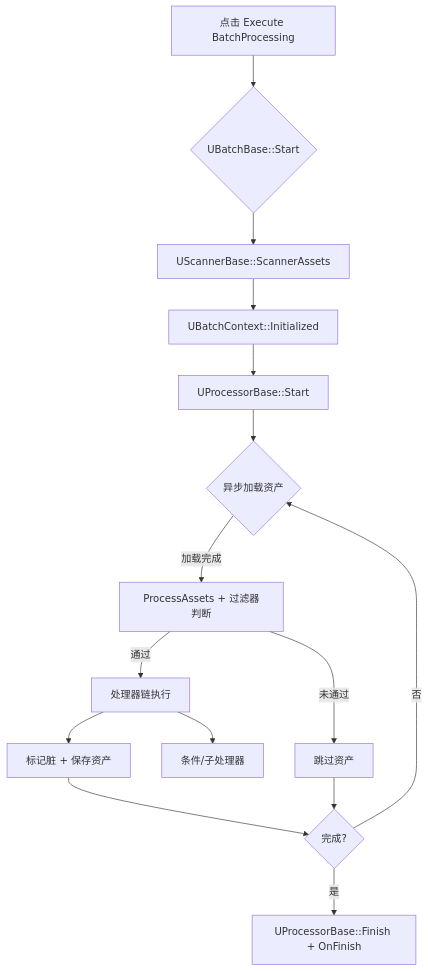
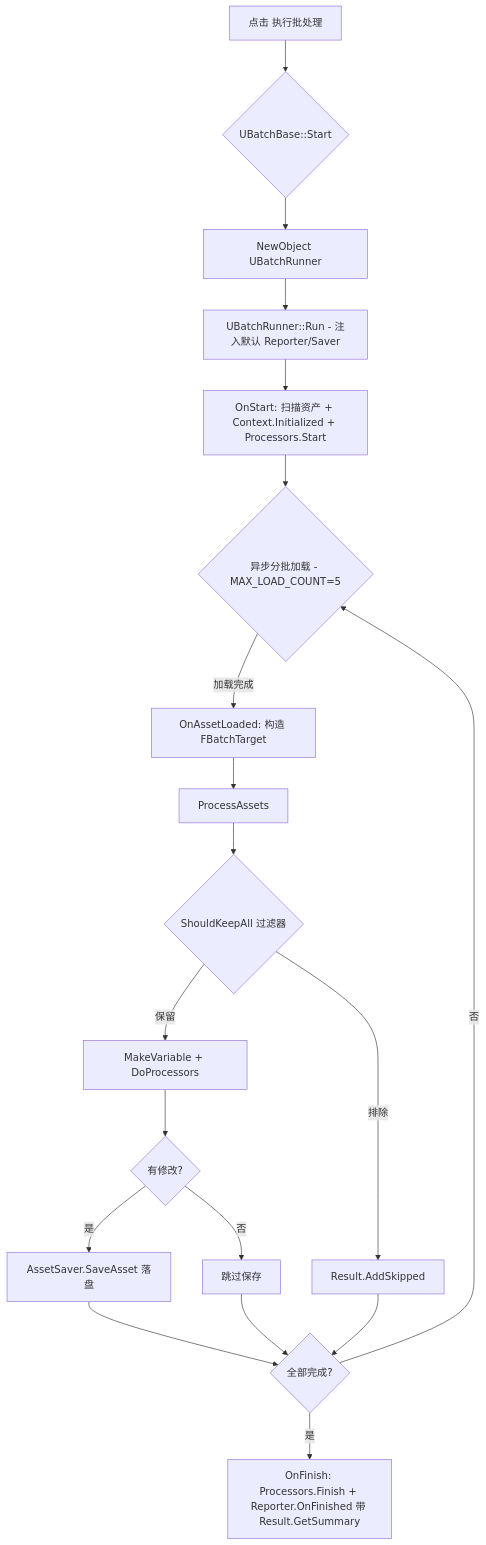
One commit to bytepine/BatchProcessor changed the diagram in README.md. Above: the diagram before and after it, drawn with Mermaid. The commit also changed other lines of this file, not shown here.

````diff
--- a/README.md
+++ b/README.md
@@ -47,17 +72,21 @@
 ```mermaid
 graph TD
-    A[点击 Execute BatchProcessing] --> B{UBatchBase::Start}
-    B --> C[UScannerBase::ScannerAssets]
-    C --> D[UBatchContext::Initialized]
-    D --> E[UProcessorBase::Start]
-    E --> F{异步加载资产}
-    F -->|加载完成| G[ProcessAssets + 过滤器判断]
-    G -->|通过| H[处理器链执行]
-    H --> I[标记脏 + 保存资产]
-    H --> J[条件/子处理器]
-    G -->|未通过| K[跳过资产]
-    I --> L{完成?}
-    K --> L
-    L -->|否| F
-    L -->|是| M[UProcessorBase::Finish + OnFinish]
+    A[点击 执行批处理] --> B{UBatchBase::Start}
+    B --> C[NewObject UBatchRunner]
+    C --> D[UBatchRunner::Run - 注入默认 Reporter/Saver]
+    D --> E[OnStart: 扫描资产 + Context.Initialized + Processors.Start]
+    E --> F{异步分批加载 - MAX_LOAD_COUNT=5}
+    F -->|加载完成| G[OnAssetLoaded: 构造 FBatchTarget]
+    G --> H[ProcessAssets]
+    H --> I{ShouldKeepAll 过滤器}
+    I -->|保留| J[MakeVariable + DoProcessors]
+    J --> K{有修改?}
+    K -->|是| L[AssetSaver.SaveAsset 落盘]
+    K -->|否| M[跳过保存]
+    I -->|排除| N[Result.AddSkipped]
+    L --> O{全部完成?}
+    M --> O
+    N --> O
+    O -->|否| F
+    O -->|是| P[OnFinish: Processors.Finish + Reporter.OnFinished 带 Result.GetSummary]
 ```
````
